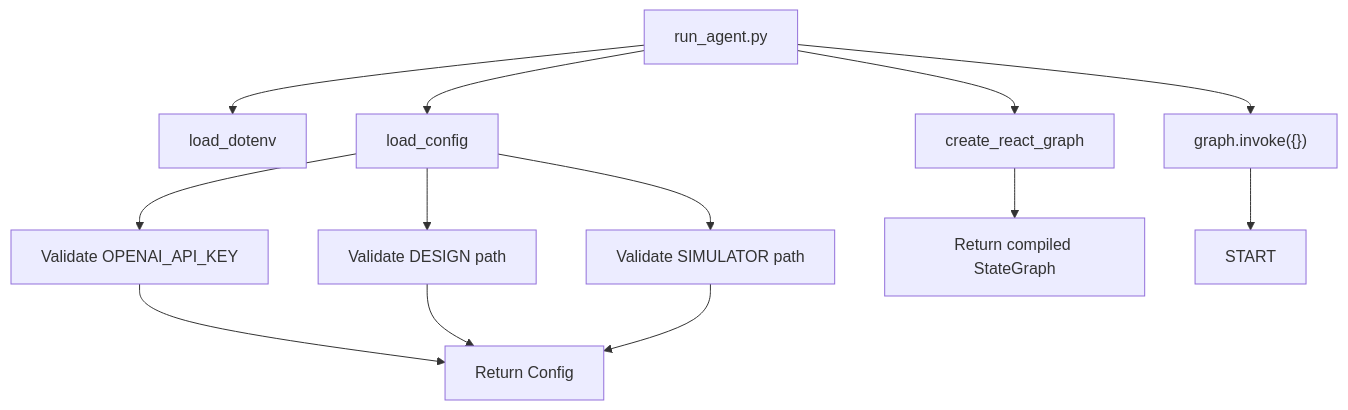
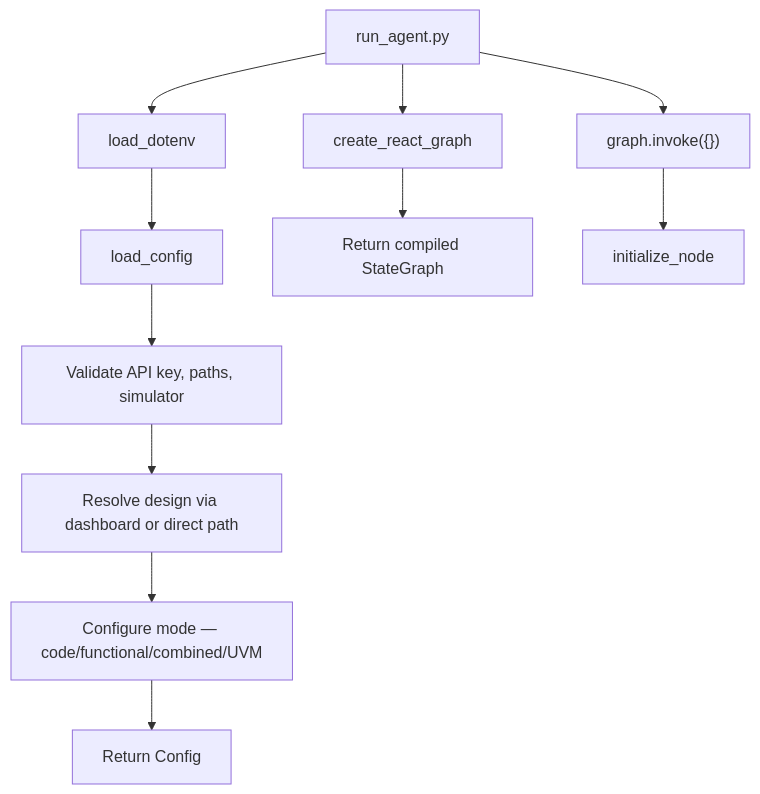
The fourth of 6 diagrams in docs/ARCH.md (advent-lab/llm-verif), drawn with Mermaid before and after one commit. The commit also changed other lines of this file and 3 other files, not shown here.

````diff
--- a/docs/ARCH.md
+++ b/docs/ARCH.md
@@ -567,13 +447,13 @@
 ```mermaid
 graph TD
     A[run_agent.py] --> B[load_dotenv]
-    A --> C[load_config]
-    C --> C1[Validate OPENAI_API_KEY]
-    C --> C2[Validate DESIGN path]
-    C --> C3[Validate SIMULATOR path]
-    C1 & C2 & C3 --> C4[Return Config]
+    B --> C[load_config]
+    C --> C1[Validate API key, paths, simulator]
+    C1 --> C2[Resolve design via dashboard or direct path]
+    C2 --> C3[Configure mode — code/functional/combined/UVM]
+    C3 --> C4[Return Config]
     A --> D[create_react_graph]
     D --> D1[Return compiled StateGraph]
     A --> E["graph.invoke({})"]
-    E --> F[START]
+    E --> F[initialize_node]
 ```
````
